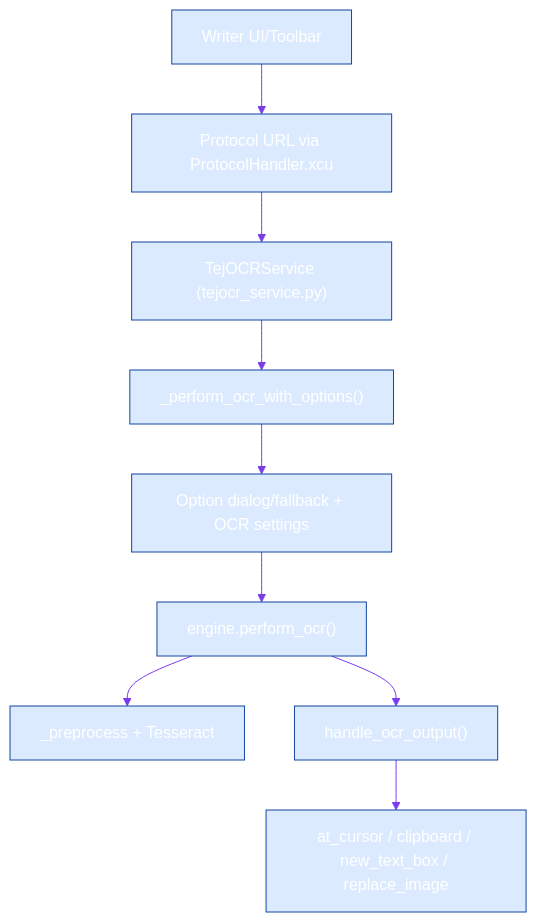
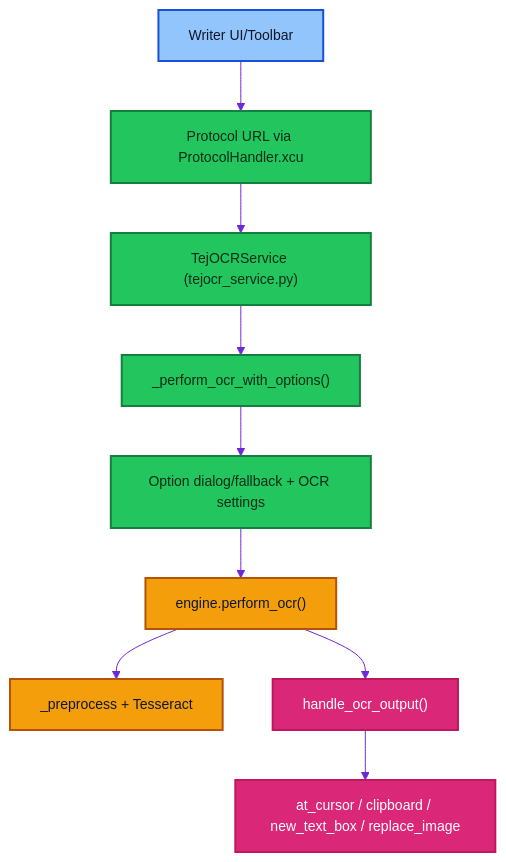
One commit to varshneydevansh/TejOCR changed the first of 2 diagrams in README.md. Above: the diagram before and after it, drawn with Mermaid. The commit also changed other lines of this file, not shown here.

Commit message:
docs(readme): colorize Mermaid diagrams for readable rendering

````diff
--- a/README.md
+++ b/README.md
@@ -66,12 +66,25 @@
 ```mermaid
-%%{init: {"theme":"base","themeVariables":{"primaryColor":"#1f6feb","primaryTextColor":"#ffffff","primaryBorderColor":"#1347a0","lineColor":"#7c3aed","secondaryColor":"#22c55e","tertiaryColor":"#f59e0b","mainBkg":"#dbeafe","background":"#ffffff","textColor":"#0f172a"}}}%%
+%%{init: {"theme":"base","themeVariables":{"lineColor":"#6d28d9","fontSize":"14px","fontFamily":"Inter, Segoe UI, Arial","nodeTextColor":"#111827","textColor":"#111827","lineWidth":"2","signalColor":"#0f766e"}}}%%
 flowchart TD
   A["Writer UI/Toolbar"] --> B["Protocol URL via ProtocolHandler.xcu"]
   B --> C["TejOCRService (tejocr_service.py)"]
   C --> D["_perform_ocr_with_options()"]
   D --> E["Option dialog/fallback + OCR settings"]
   E --> F["engine.perform_ocr()"]
   F --> G["_preprocess + Tesseract"]
   F --> H["handle_ocr_output()"]
   H --> I["at_cursor / clipboard / new_text_box / replace_image"]
+  classDef ui fill:#93c5fd,color:#0f172a,stroke:#1d4ed8,stroke-width:2px;
+  classDef service fill:#22c55e,color:#052e16,stroke:#15803d,stroke-width:2px;
+  classDef engine fill:#f59e0b,color:#0f172a,stroke:#b45309,stroke-width:2px;
+  classDef output fill:#db2777,color:#ffffff,stroke:#be185d,stroke-width:2px;
+  class A ui;
+  class B service;
+  class C service;
+  class D service;
+  class E service;
+  class F engine;
+  class G engine;
+  class H output;
+  class I output;
 ```
````
